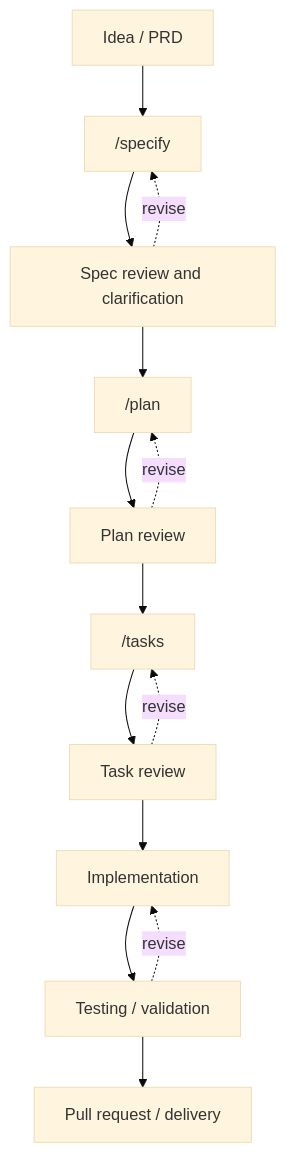
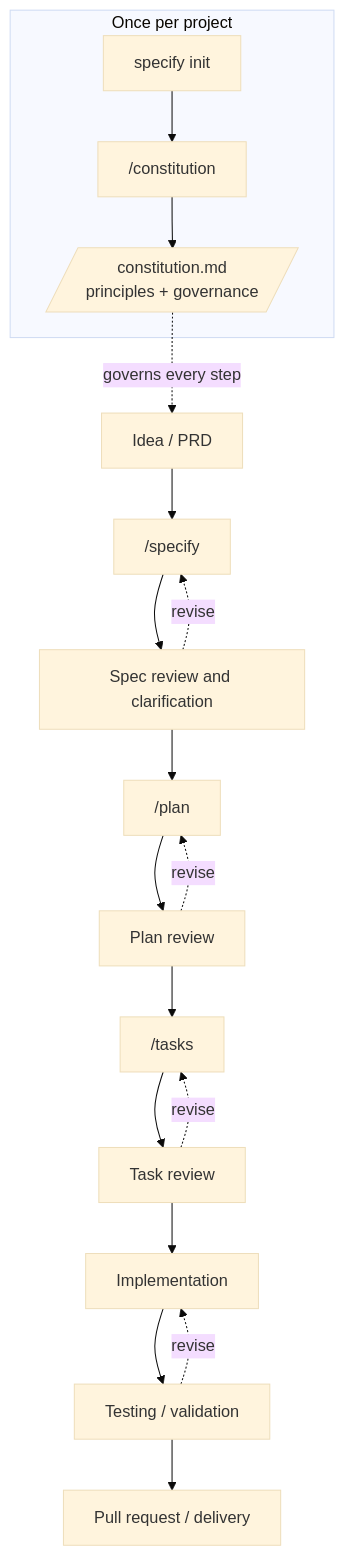
The diagram in docs/workflow/00-overview.md (tthanh/runbook-platform-sdd), drawn with Mermaid (base theme) before and after one commit. The commit also changed other lines of this file, not shown here.

First line of the commit message:
docs(workflow): add constitution + governance to the overview

````diff
--- a/docs/workflow/00-overview.md
+++ b/docs/workflow/00-overview.md
@@ -7,16 +9,20 @@
 ```mermaid
 flowchart TD
+    subgraph once["Once per project"]
+        INIT["specify init"] --> CONST["/constitution"] --> CFILE[/"constitution.md<br/>principles + governance"/]
+    end
+    CFILE -. governs every step .-> A
     A["Idea / PRD"] --> B["/specify"]
     B --> C["Spec review and clarification"]
     C --> D["/plan"]
     D --> E["Plan review"]
     E --> F["/tasks"]
     F --> G["Task review"]
     G --> H["Implementation"]
     H --> I["Testing / validation"]
     I --> J["Pull request / delivery"]
     C -. revise .-> B
     E -. revise .-> D
     G -. revise .-> F
     I -. revise .-> H
 ```
````
